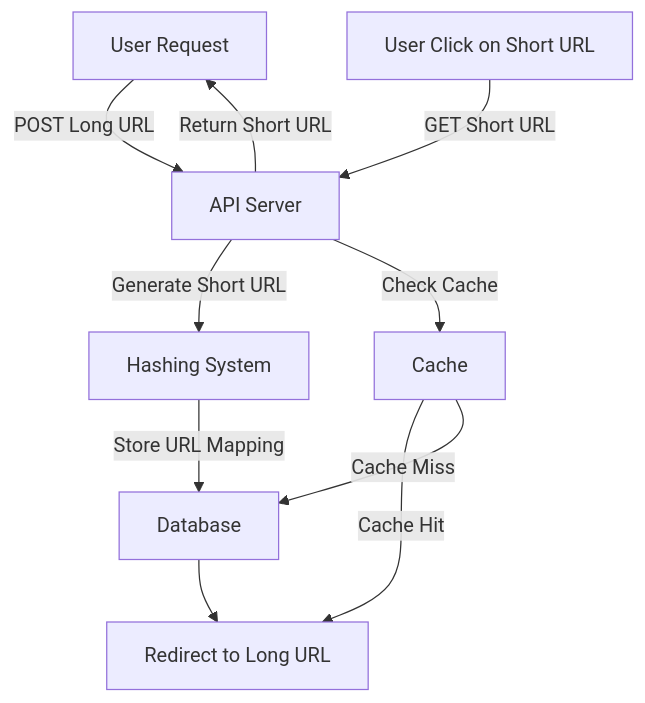
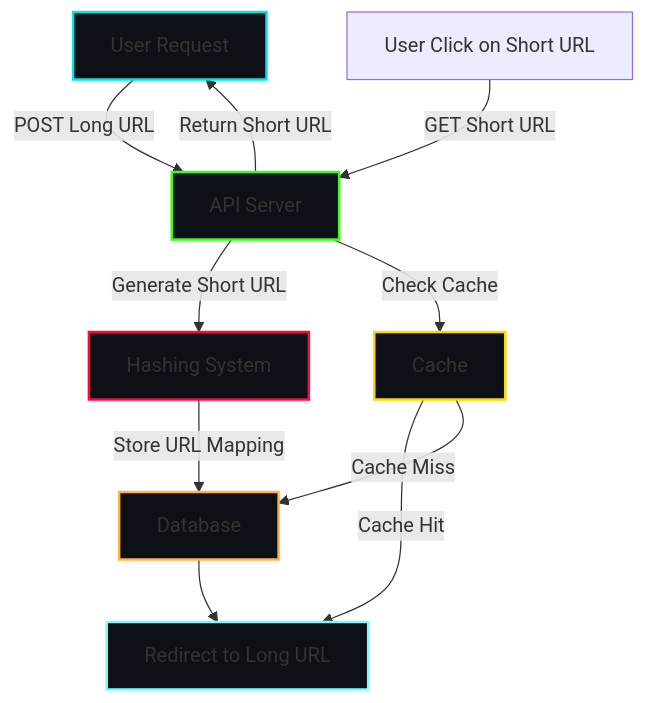
The first of 4 diagrams in urlshortener.md (talal-nabulsi/system-design-brain), drawn with Mermaid before and after one commit. The commit also changed other lines of this file, not shown here.

````diff
--- a/urlshortener.md
+++ b/urlshortener.md
@@ -42,12 +42,19 @@
 ```mermaid
 graph TD;
+    style UserRequest fill:#0d1117,stroke:#00e6e6,stroke-width:2px;
+    style API fill:#0d1117,stroke:#39ff14,stroke-width:2px;
+    style HashingSystem fill:#0d1117,stroke:#ff073a,stroke-width:2px;
+    style DB fill:#0d1117,stroke:#ffb347,stroke-width:2px;
+    style CacheLayer fill:#0d1117,stroke:#ffd700,stroke-width:2px;
+    style Redirect fill:#0d1117,stroke:#7df9ff,stroke-width:2px;
+
     UserRequest[User Request] -->|POST Long URL| API[API Server];
     API -->|Generate Short URL| HashingSystem[Hashing System];
     HashingSystem -->|Store URL Mapping| DB[Database];
     API -->|Return Short URL| UserRequest;
     UserClick[User Click on Short URL] -->|GET Short URL| API;
     API -->|Check Cache| CacheLayer[Cache];
     CacheLayer -->|Cache Hit| Redirect[Redirect to Long URL];
     CacheLayer -->|Cache Miss| DB;
     DB --> Redirect;
 ```
````
